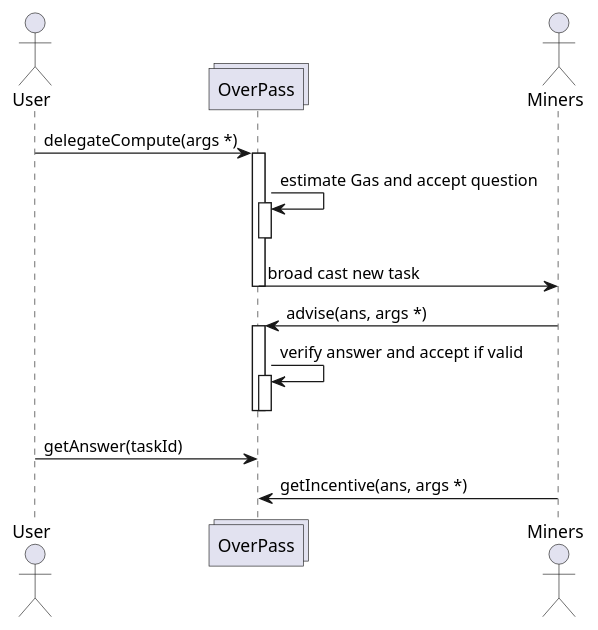
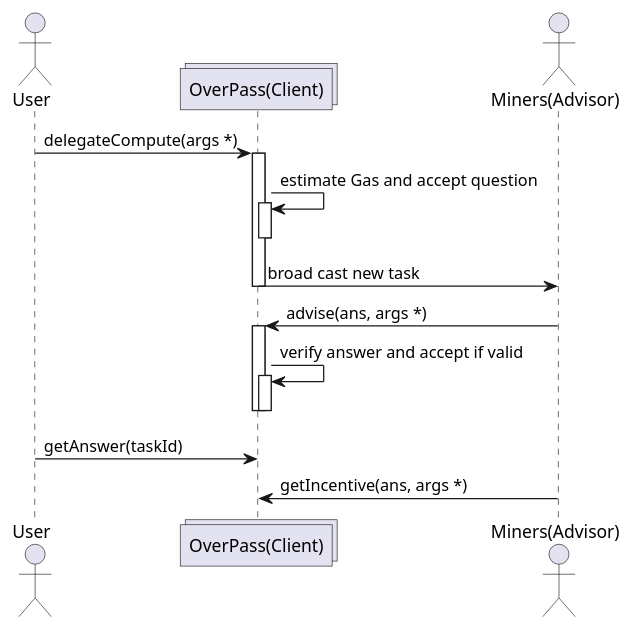
One commit to EE4032Project/OverPass changed the diagram in image/overpass_overview.puml. Above: the diagram before and after it, drawn with PlantUML. The commit also changed 1 other file, not shown here.

Commit message:
fix typo in README.md; update diagram

```diff
--- a/image/overpass_overview.puml
+++ b/image/overpass_overview.puml
@@ -1,21 +1,21 @@
 @startuml
 actor       User       as Foo1
-collections OverPass as Foo2
-actor       Miners      as Foo3
+collections "OverPass(Client)" as Foo2
+actor       "Miners(Advisor)"      as Foo3
 
 Foo1 -> Foo2 : delegateCompute(args *)
 activate Foo2
 Foo2 -> Foo2: estimate Gas and accept question
 activate Foo2
 deactivate Foo2
 Foo2 -> Foo3: broad cast new task
 deactivate Foo2
 Foo3 -> Foo2: advise(ans, args *)
 activate Foo2
 Foo2 -> Foo2: verify answer and accept if valid
 activate Foo2
 deactivate Foo2
 deactivate Foo2
 Foo1 -> Foo2 : getAnswer(taskId)
 Foo3 -> Foo2: getIncentive(ans, args *)
 @enduml
```
